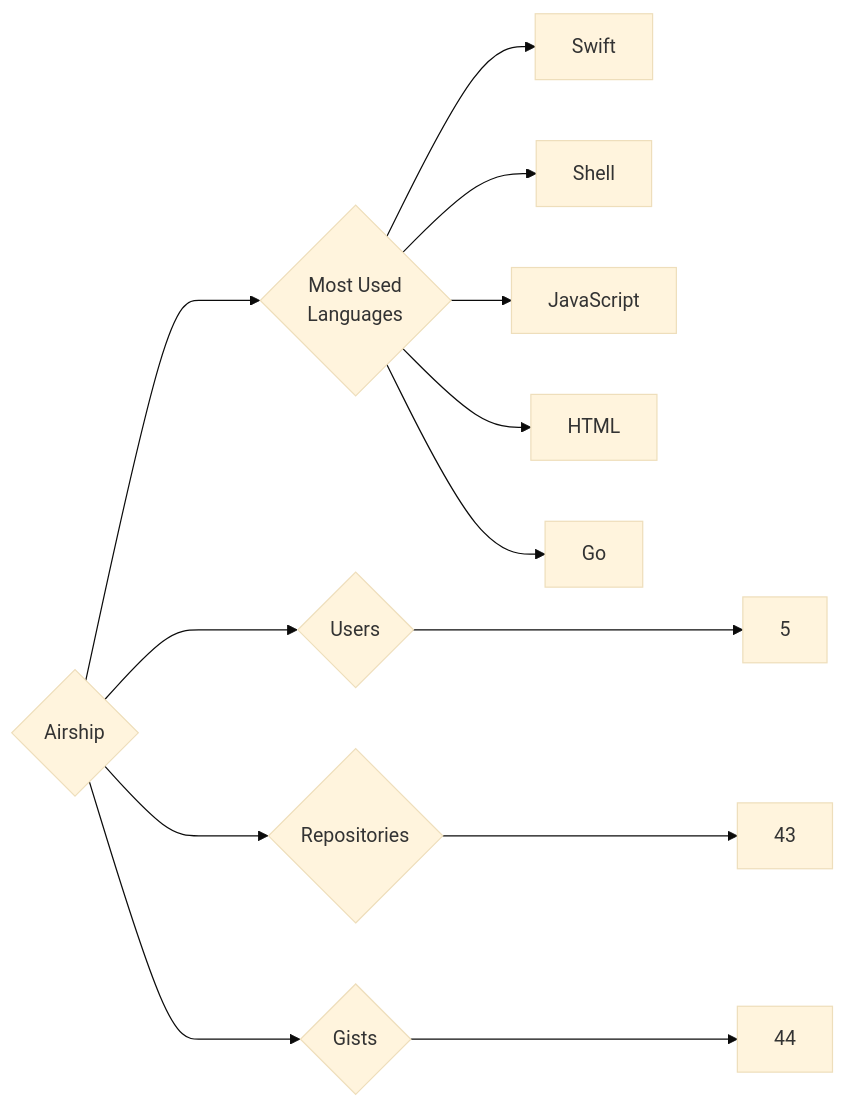
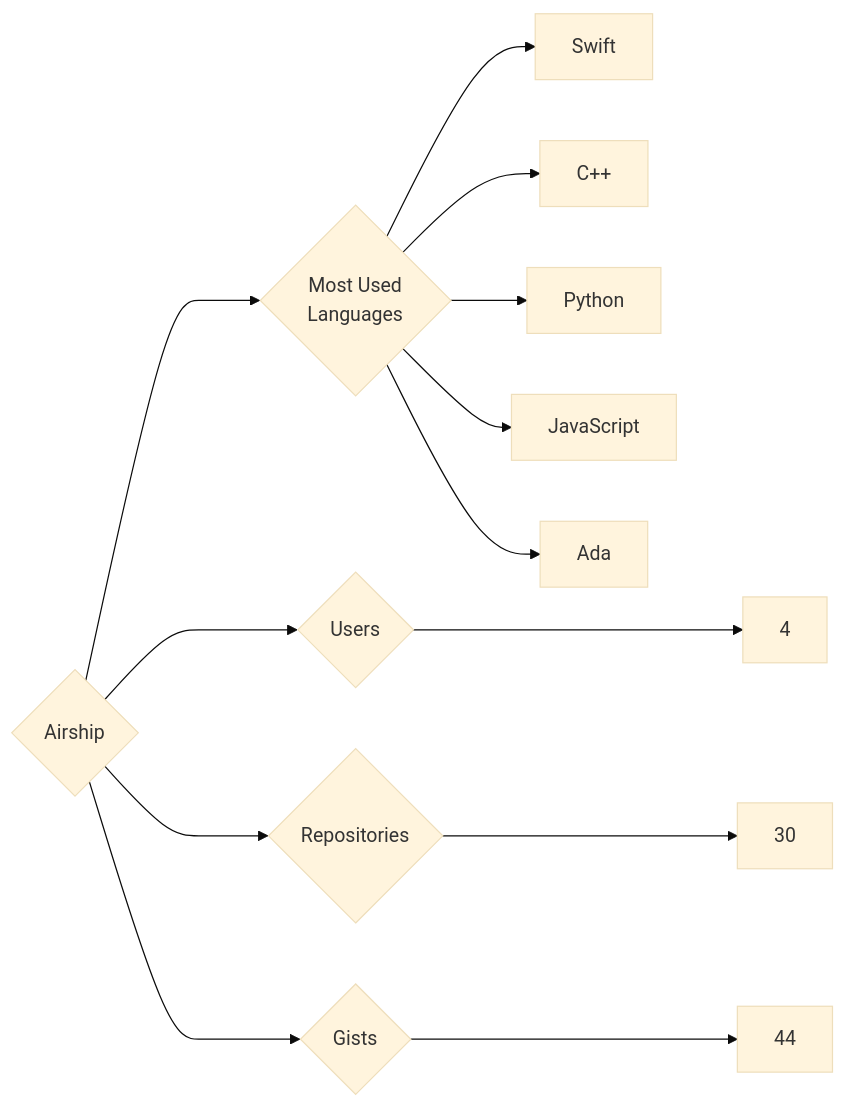
One commit to trickest/insiders changed the diagram in targets/Airship/README.md. Above: the diagram before and after it, drawn with Mermaid (base theme). The commit also changed 1092 other files, not shown here.

````diff
--- a/targets/Airship/README.md
+++ b/targets/Airship/README.md
@@ -3,13 +3,13 @@
 ```mermaid
 graph LR
 COMPANY_NAME{Airship}
-COMPANY_NAME ---> U{Users} ---> UN[5]
-COMPANY_NAME ---> R{Repositories} ---> RN[43]
+COMPANY_NAME ---> U{Users} ---> UN[4]
+COMPANY_NAME ---> R{Repositories} ---> RN[30]
 COMPANY_NAME ---> G{Gists} ---> GN[44]
 COMPANY_NAME ---> ML{Most Used<br>Languages}
 ML --> Swift[Swift]
-ML --> Shell[Shell]
+ML --> C++[C++]
+ML --> Python[Python]
 ML --> JavaScript[JavaScript]
-ML --> HTML[HTML]
-ML --> Go[Go]
+ML --> Ada[Ada]
 ```
````
